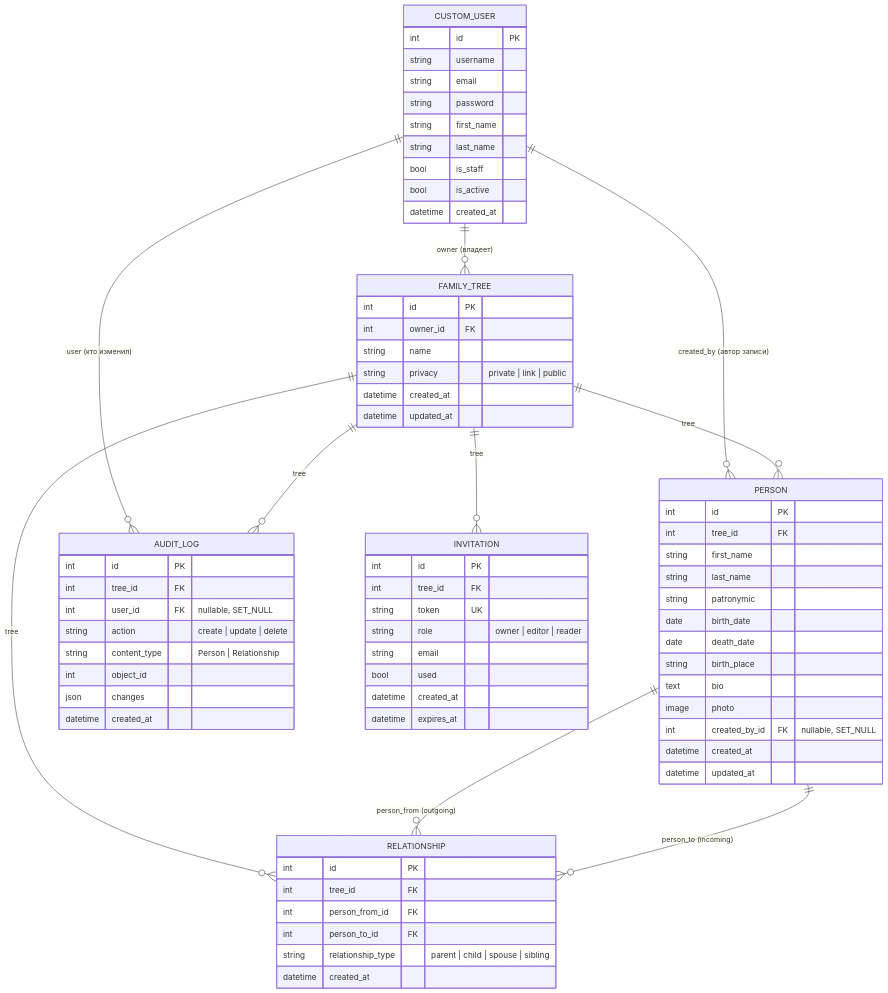
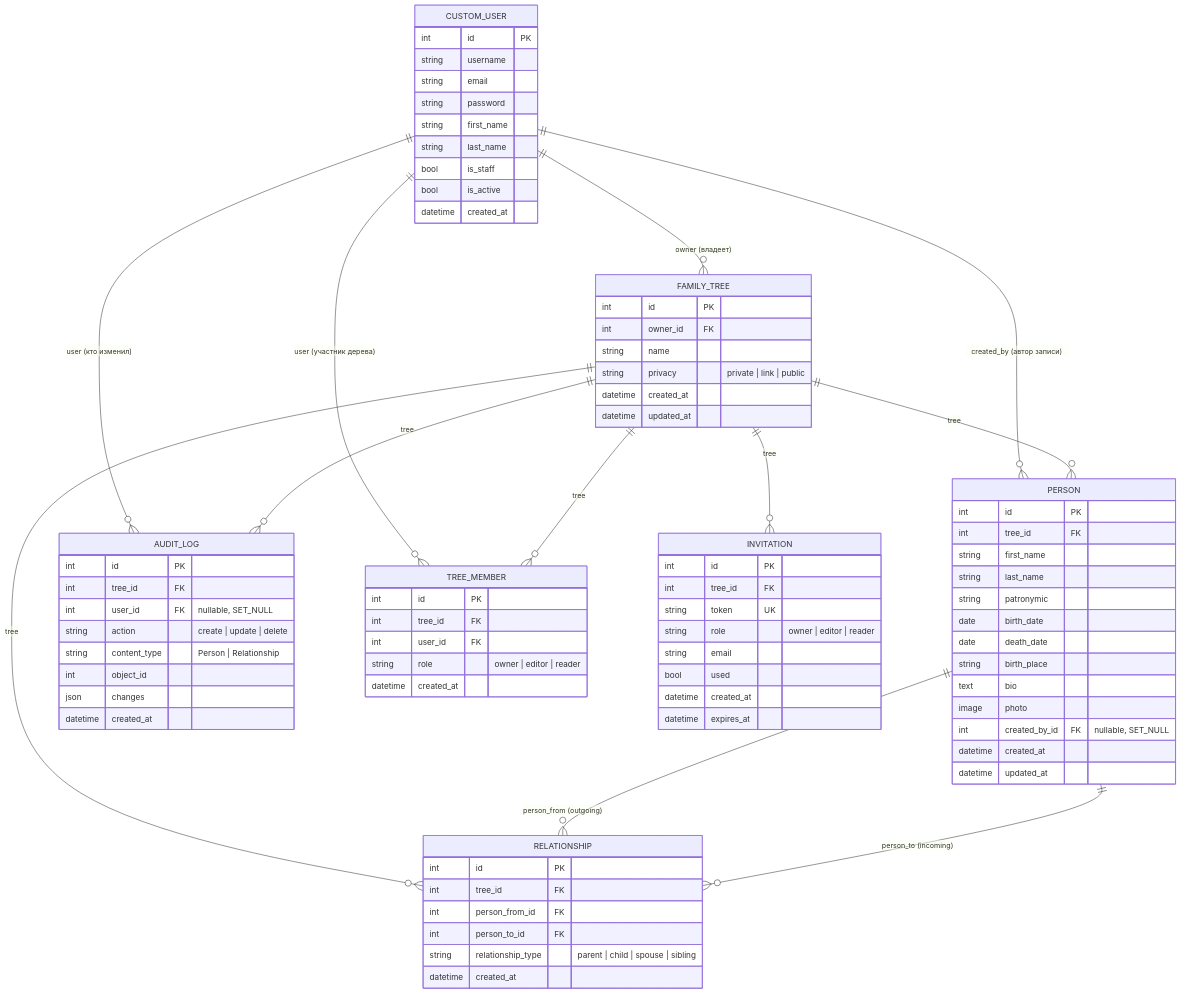
Before and after one commit to nursoulqxw/familytree: the diagram in familytree-backend/docs/ERD.md, drawn with Mermaid. The commit also changed other lines of this file and 1 other file, not shown here.

```diff
--- a/familytree-backend/docs/ERD.md
+++ b/familytree-backend/docs/ERD.md
@@ -8,14 +8,24 @@
     CUSTOM_USER ||--o{ FAMILY_TREE : "owner (владеет)"
     CUSTOM_USER ||--o{ PERSON : "created_by (автор записи)"
     CUSTOM_USER ||--o{ AUDIT_LOG : "user (кто изменил)"
+    CUSTOM_USER ||--o{ TREE_MEMBER : "user (участник дерева)"
 
     FAMILY_TREE ||--o{ PERSON : "tree"
     FAMILY_TREE ||--o{ RELATIONSHIP : "tree"
     FAMILY_TREE ||--o{ AUDIT_LOG : "tree"
     FAMILY_TREE ||--o{ INVITATION : "tree"
+    FAMILY_TREE ||--o{ TREE_MEMBER : "tree"
 
     PERSON ||--o{ RELATIONSHIP : "person_from (outgoing)"
     PERSON ||--o{ RELATIONSHIP : "person_to (incoming)"
+
+    TREE_MEMBER {
+        int id PK
+        int tree_id FK
+        int user_id FK
+        string role "owner | editor | reader"
+        datetime created_at
+    }
 
     CUSTOM_USER {
         int id PK
```
